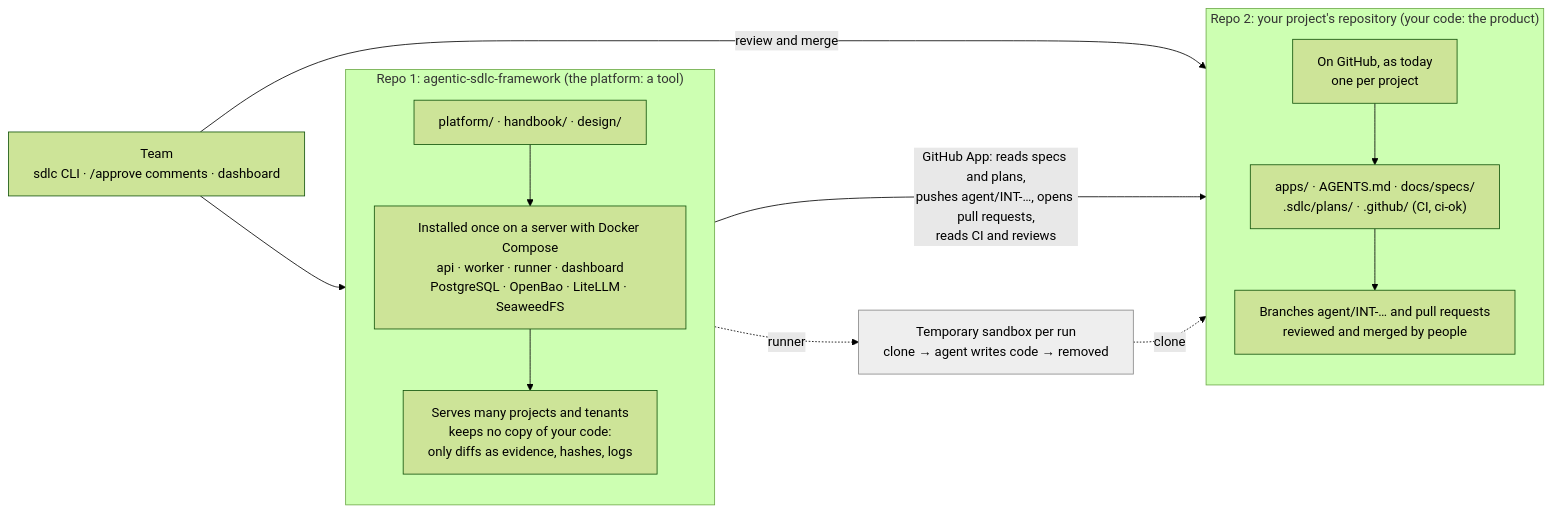
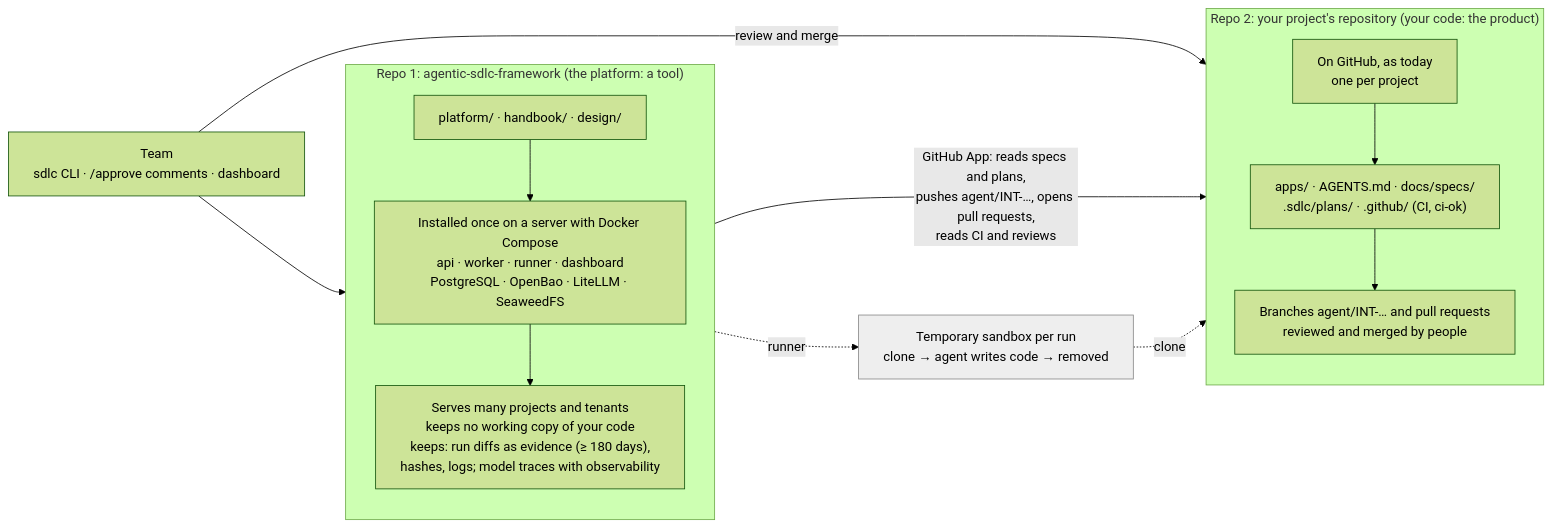
One commit to hoanghainh1188/agentic-sdlc-framework changed the diagram in diagrams/src/d14-two-repositories.mmd. Above: the diagram before and after it, drawn with Mermaid (forest theme). The commit also changed 4 other files, not shown here.

Commit message:
docs: the platform keeps no working copy, but keeps run diffs and (with observability) model traces

```diff
--- a/diagrams/src/d14-two-repositories.mmd
+++ b/diagrams/src/d14-two-repositories.mmd
@@ -1,26 +1,26 @@
 %%{init: {"flowchart": {"wrappingWidth": 320}}}%%
 flowchart LR
     T["Team<br/>sdlc CLI · /approve comments · dashboard"]
     subgraph R1["Repo 1: agentic-sdlc-framework (the platform: a tool)"]
         direction TB
         P1["platform/ · handbook/ · design/"]
         P2["Installed once on a server with Docker Compose<br/>api · worker · runner · dashboard<br/>PostgreSQL · OpenBao · LiteLLM · SeaweedFS"]
-        P3["Serves many projects and tenants<br/>keeps no copy of your code:<br/>only diffs as evidence, hashes, logs"]
+        P3["Serves many projects and tenants<br/>keeps no working copy of your code<br/>keeps: run diffs as evidence (≥ 180 days),<br/>hashes, logs; model traces with observability"]
         P1 --> P2 --> P3
     end
     subgraph R2["Repo 2: your project's repository (your code: the product)"]
         direction TB
         A1["On GitHub, as today<br/>one per project"]
         A2["apps/ · AGENTS.md · docs/specs/<br/>.sdlc/plans/ · .github/ (CI, ci-ok)"]
         A3["Branches agent/INT-… and pull requests<br/>reviewed and merged by people"]
         A1 --> A2 --> A3
     end
     SB["Temporary sandbox per run<br/>clone → agent writes code → removed"]
     T --> R1
     T -- "review and merge" --> R2
     R1 -- "GitHub App: reads specs and plans,<br/>pushes agent/INT-…, opens pull requests,<br/>reads CI and reviews" --> R2
     R1 -. "runner" .-> SB
     SB -. "clone" .-> R2
     classDef note fill:#fff8d6,stroke:#c9a400,stroke-dasharray: 4 3;
     classDef ai fill:#eeeeee,stroke:#888888;
     class SB ai;
```
